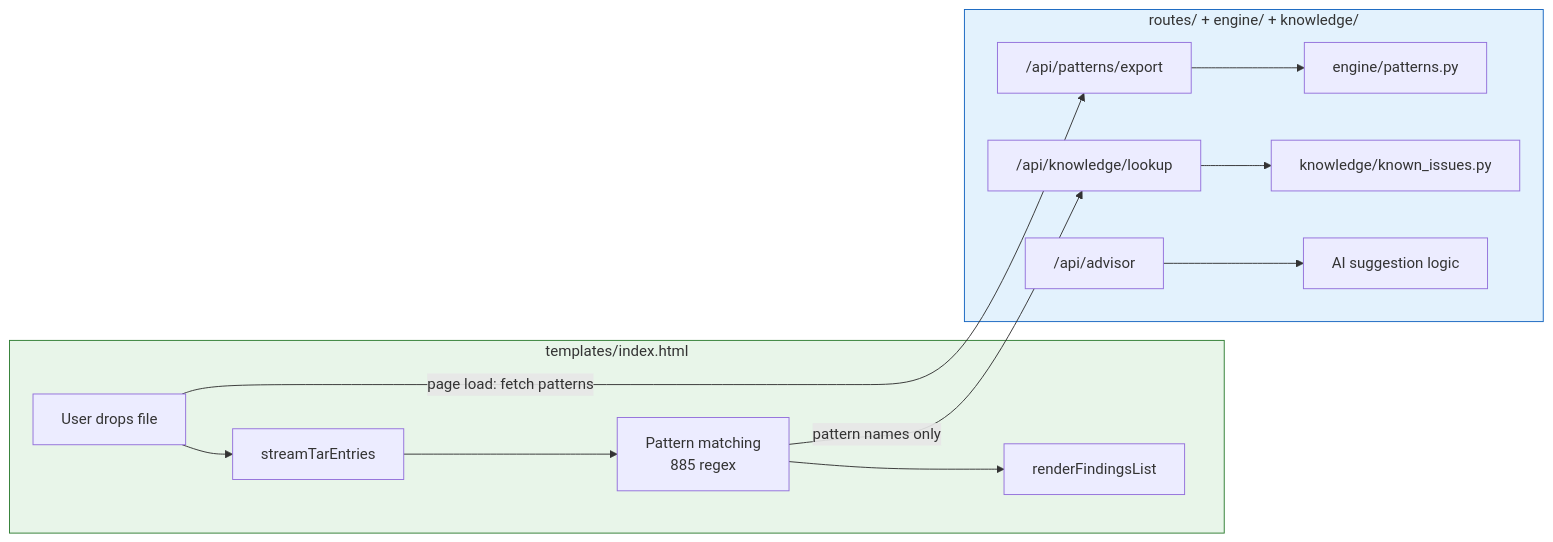
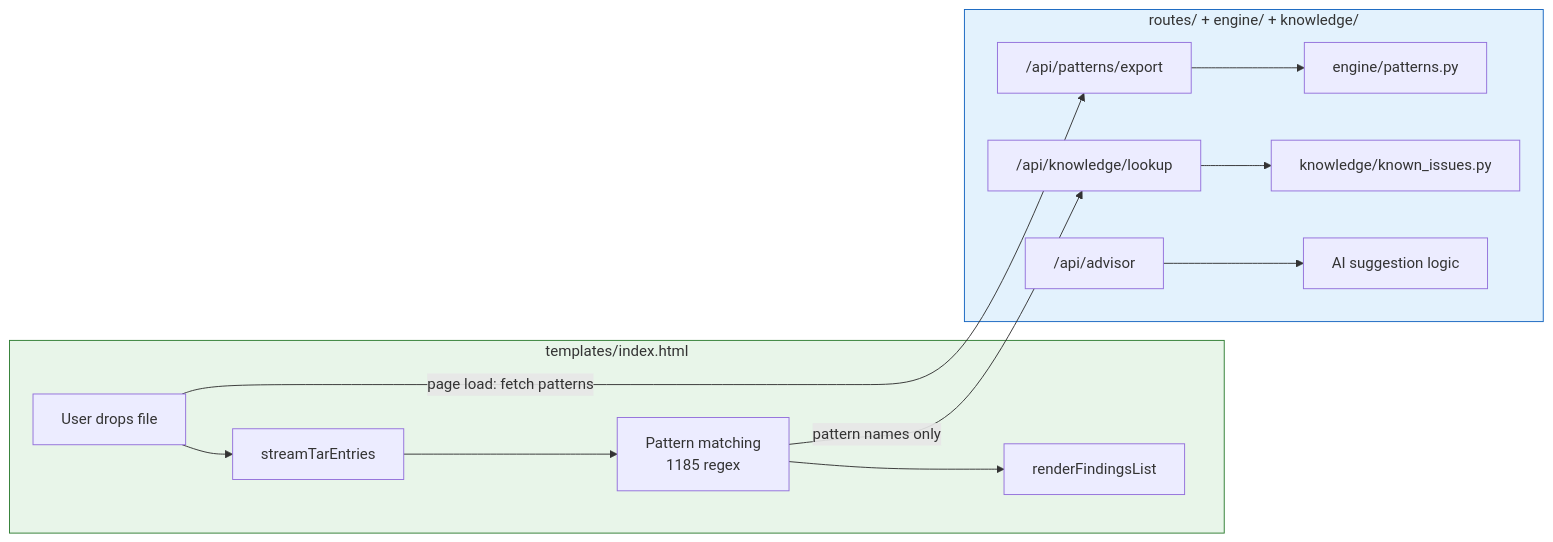
One commit to yadakrishna245/Log_analysis changed diagram 17 of 17 in README.md. Above: the diagram before and after it, drawn with Mermaid. The commit also changed other lines of this file and 7 other files, not shown here.

````diff
--- a/README.md
+++ b/README.md
@@ -1465,20 +1465,20 @@
 ```mermaid
 flowchart LR
     subgraph FRONTEND["templates/index.html"]
         A[User drops file] --> B[streamTarEntries]
-        B --> C[Pattern matching<br/>885 regex]
+        B --> C[Pattern matching<br/>1185 regex]
         C --> D[renderFindingsList]
     end
 
     subgraph BACKEND["routes/ + engine/ + knowledge/"]
         E["/api/patterns/export"] --> F[engine/patterns.py]
         G["/api/knowledge/lookup"] --> H[knowledge/known_issues.py]
         I["/api/advisor"] --> J[AI suggestion logic]
     end
 
     C -->|"pattern names only"| G
     A -->|"page load: fetch patterns"| E
 
     style FRONTEND fill:#e8f5e9,stroke:#2e7d32
     style BACKEND fill:#e3f2fd,stroke:#1565c0
 ```
````
